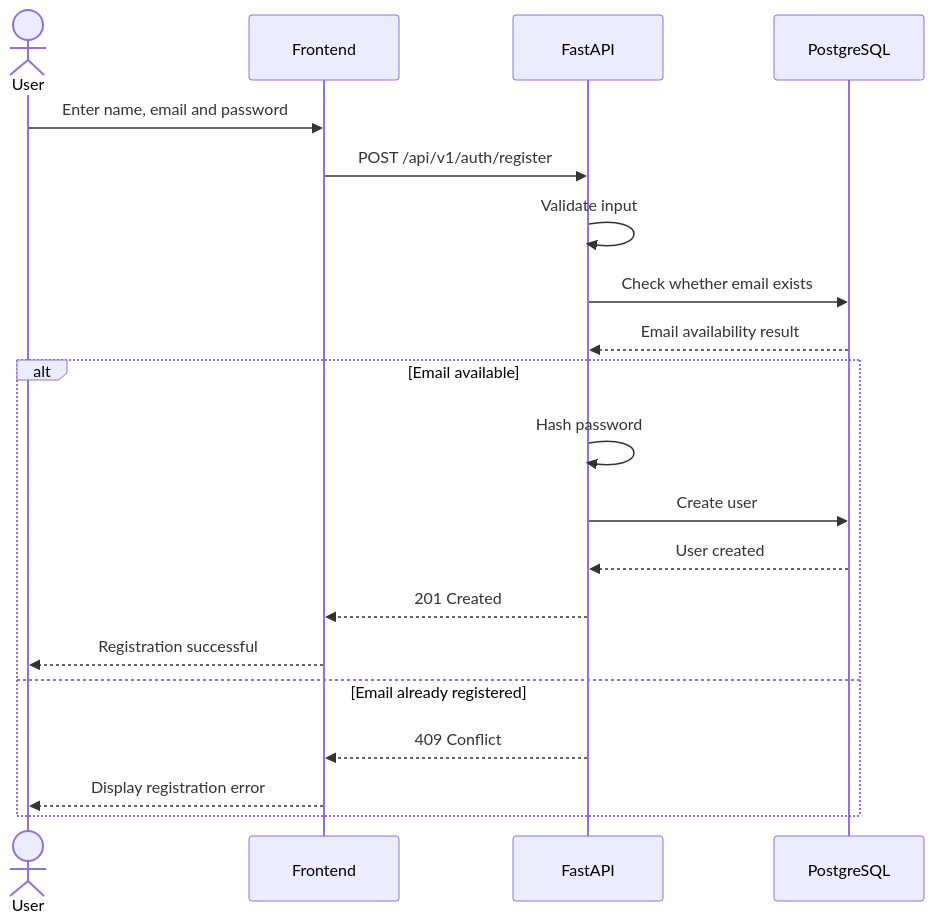
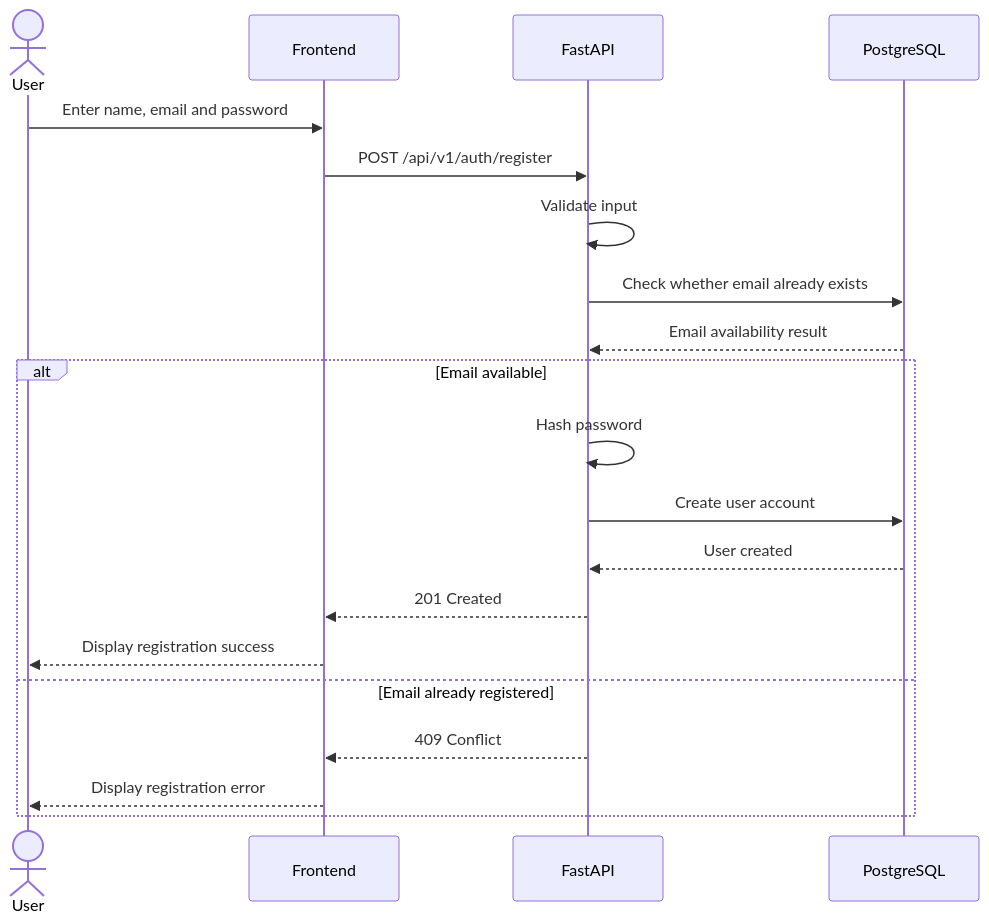
The first of 12 diagrams in docs/action-flow.md (yasminhzrn/job-application-tracker), drawn with Mermaid before and after one commit. The commit also changed other lines of this file, not shown here.

Commit message:
add resume flow design

````diff
--- a/docs/action-flow.md
+++ b/docs/action-flow.md
@@ -11,24 +13,24 @@
 ```mermaid
 sequenceDiagram
     actor User
     participant Frontend
     participant API as FastAPI
     participant DB as PostgreSQL
 
     User->>Frontend: Enter name, email and password
     Frontend->>API: POST /api/v1/auth/register
     API->>API: Validate input
-    API->>DB: Check whether email exists
+    API->>DB: Check whether email already exists
     DB-->>API: Email availability result
 
     alt Email available
         API->>API: Hash password
-        API->>DB: Create user
+        API->>DB: Create user account
         DB-->>API: User created
         API-->>Frontend: 201 Created
-        Frontend-->>User: Registration successful
+        Frontend-->>User: Display registration success
     else Email already registered
         API-->>Frontend: 409 Conflict
         Frontend-->>User: Display registration error
     end
 ```
````
